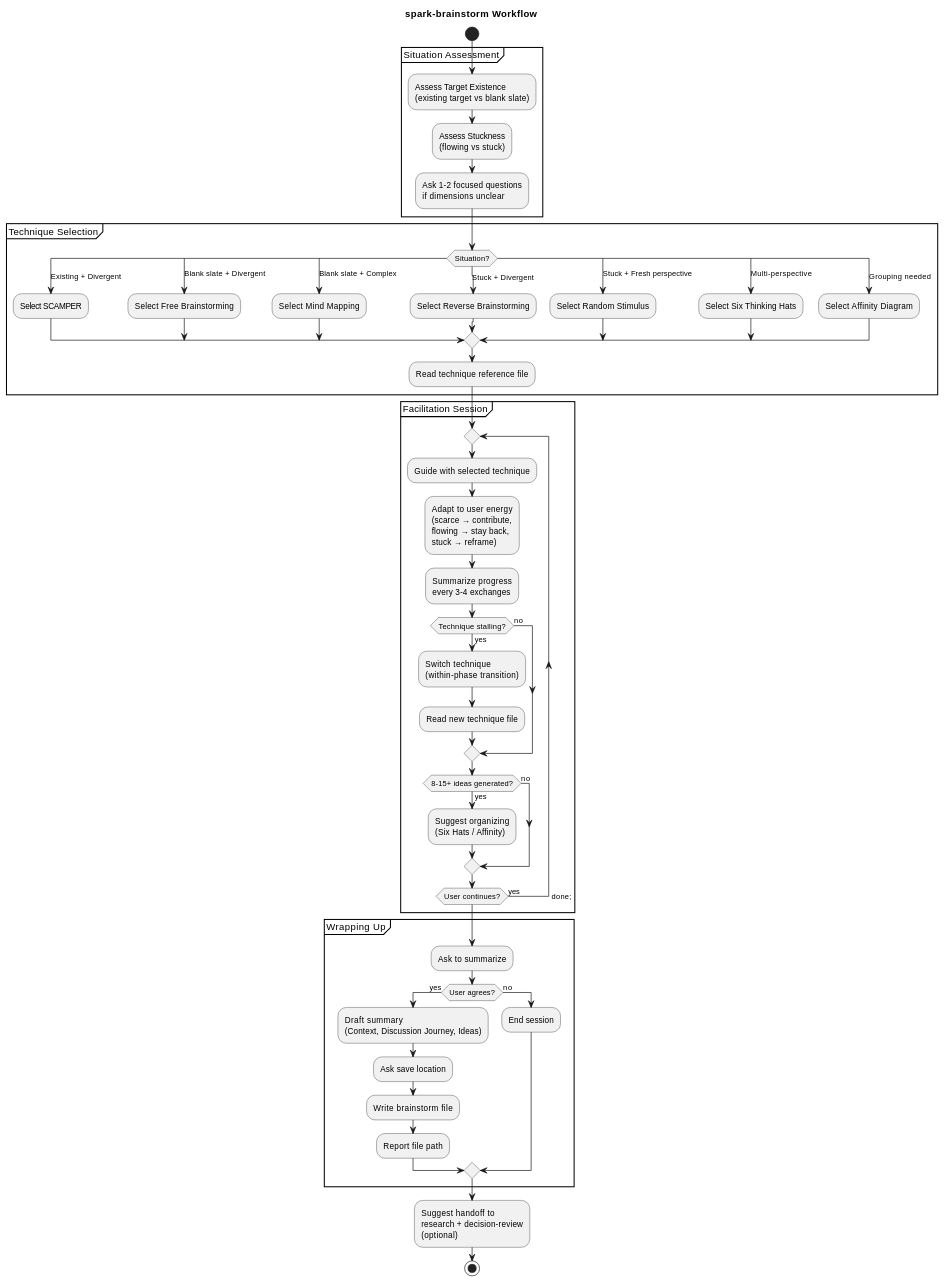
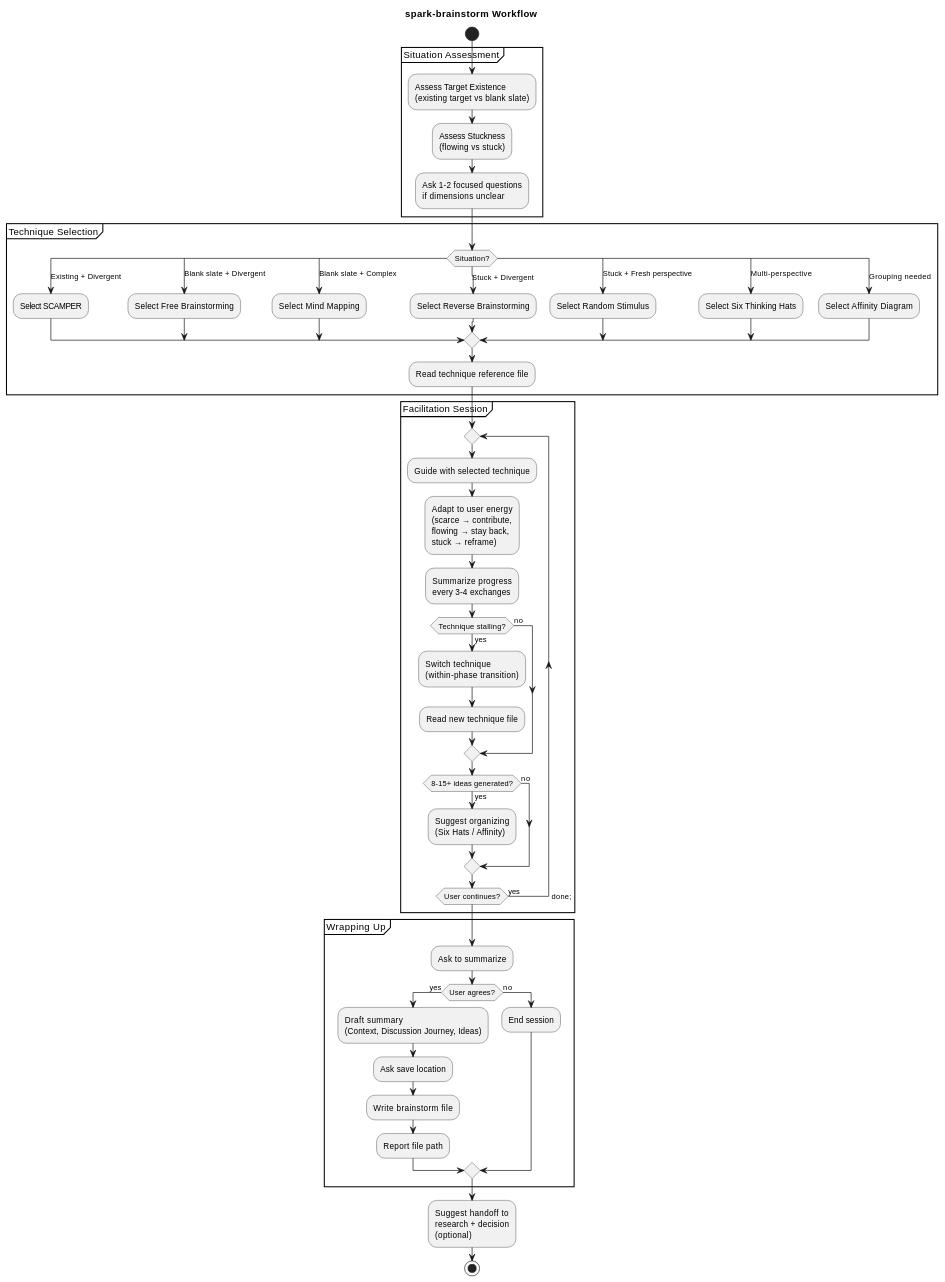
One commit to studykit/studykit-marketplace changed the diagram in plugins/a4/skills/spark-brainstorm/README.md. Above: the diagram before and after it, drawn with PlantUML. The commit also changed 13 other files, not shown here.

First line of the commit message:
refactor(a4): retire /a4:decision-review, add /a4:decision and /a4:research-review

````diff
--- a/plugins/a4/skills/spark-brainstorm/README.md
+++ b/plugins/a4/skills/spark-brainstorm/README.md
@@ -12,79 +12,79 @@
 ```plantuml
 @startuml
 title spark-brainstorm Workflow
 
 start
 
 partition "Situation Assessment" {
   :Assess Target Existence
   (existing target vs blank slate);
   :Assess Stuckness
   (flowing vs stuck);
   :Ask 1-2 focused questions
   if dimensions unclear;
 }
 
 partition "Technique Selection" {
   switch (Situation?)
   case (Existing + Divergent)
     :Select SCAMPER;
   case (Blank slate + Divergent)
     :Select Free Brainstorming;
   case (Blank slate + Complex)
     :Select Mind Mapping;
   case (Stuck + Divergent)
     :Select Reverse Brainstorming;
   case (Stuck + Fresh perspective)
     :Select Random Stimulus;
   case (Multi-perspective)
     :Select Six Thinking Hats;
   case (Grouping needed)
     :Select Affinity Diagram;
   endswitch
   :Read technique reference file;
 }
 
 partition "Facilitation Session" {
   repeat
     :Guide with selected technique;
     :Adapt to user energy
     (scarce → contribute,
     flowing → stay back,
     stuck → reframe);
     :Summarize progress
     every 3-4 exchanges;
     if (Technique stalling?) then (yes)
       :Switch technique
       (within-phase transition);
       :Read new technique file;
     else (no)
     endif
     if (8-15+ ideas generated?) then (yes)
       :Suggest organizing
       (Six Hats / Affinity);
     else (no)
     endif
   repeat while (User continues?) is (yes) ->done;
 }
 
 partition "Wrapping Up" {
   :Ask to summarize;
   if (User agrees?) then (yes)
     :Draft summary
     (Context, Discussion Journey, Ideas);
     :Ask save location;
     :Write brainstorm file;
     :Report file path;
   else (no)
     :End session;
   endif
 }
 
 :Suggest handoff to
-research + decision-review
+research + decision
 (optional);
 
 stop
 
 @enduml
 ```
````
